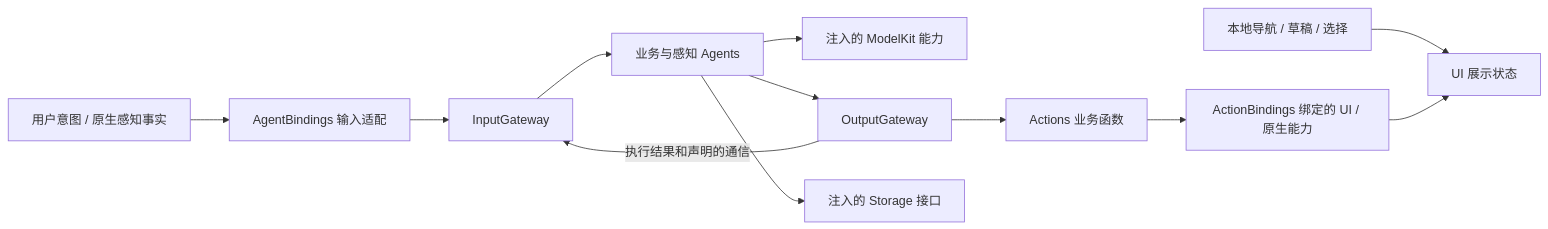
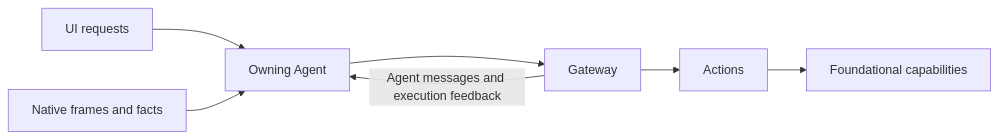
Before and after one commit to devilyouwei/MobileHarness: the diagram in docs/Architecture.md, drawn with Mermaid. The commit also changed other lines of this file and 483 other files, not shown here.

First line of the commit message:
Refactor direct container inputs and organize Actions and Agents

````diff
--- a/docs/Architecture.md
+++ b/docs/Architecture.md
@@ -7,14 +5,9 @@
 ```mermaid
 flowchart LR
-    Input[用户意图 / 原生感知事实] --> Host[AgentBindings 输入适配]
-    Host --> In[InputGateway]
-    In --> Agents[业务与感知 Agents]
-    Agents --> Models[注入的 ModelKit 能力]
-    Agents --> Out[OutputGateway]
-    Out --> Functions[Actions 业务函数]
-    Functions --> Effects[ActionBindings 绑定的 UI / 原生能力]
-    Out -->|执行结果和声明的通信| In
-    Agents --> Data[注入的 Storage 接口]
-    Local[本地导航 / 草稿 / 选择] --> UI[UI 展示状态]
-    Effects --> UI
+ UI[UI requests] --> A[Owning Agent]
+ Native[Native frames and facts] --> A
+ A --> G[Gateway]
+ G --> F[Actions]
+ F --> Base[Foundational capabilities]
+ G -->|Agent messages and execution feedback| A
 ```
````
